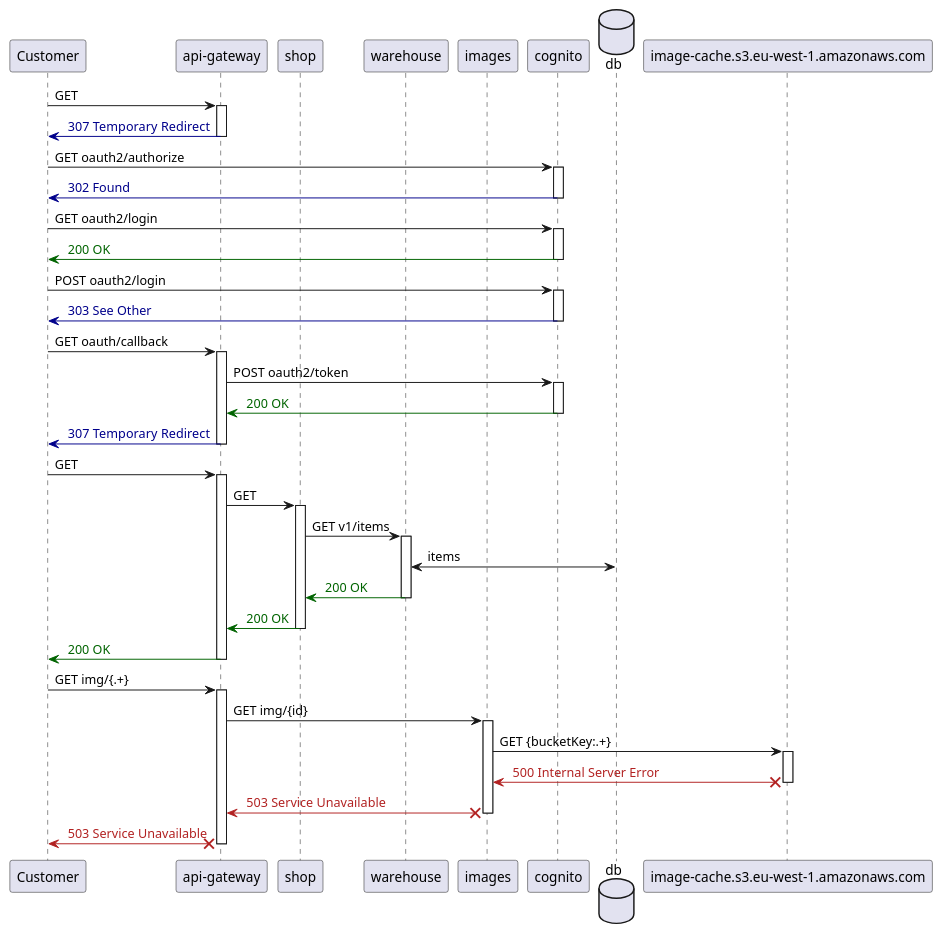
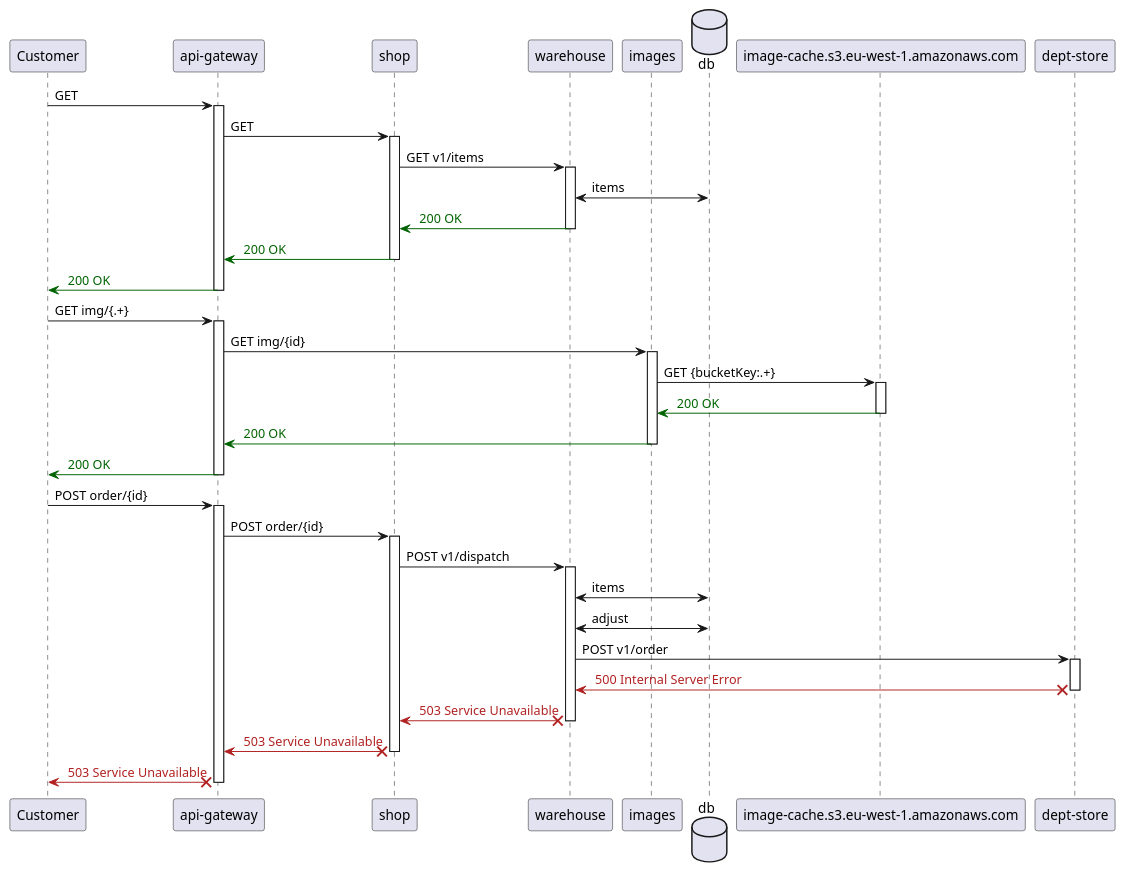
The diagram in .presentation/.generated/FailingTest - can load stock list and order item - Sequence.puml (http4k/exploring-the-testing-hyperpyramid), drawn with PlantUML before and after one commit. The commit also changed 3 other files, not shown here.

Commit message:
update diagrams for failing test

```diff
--- a/.presentation/.generated/FailingTest - can load stock list and order item - Sequence.puml
+++ b/.presentation/.generated/FailingTest - can load stock list and order item - Sequence.puml
@@ -1,65 +1,55 @@
 @startuml
-    participant "Customer"
+participant "Customer"
 participant "api-gateway"
 participant "shop"
 participant "warehouse"
 participant "images"
-participant "cognito"
 database "db"
 participant "image-cache.s3.eu-west-1.amazonaws.com"
-"Customer" -> "api-gateway": GET
-activate "api-gateway"
-
-"api-gateway" -[#DarkBlue]> "Customer": <color:DarkBlue> 307 Temporary Redirect
-deactivate "api-gateway"
-"Customer" -> "cognito": GET oauth2/authorize
-activate "cognito"
-
-"cognito" -[#DarkBlue]> "Customer": <color:DarkBlue> 302 Found
-deactivate "cognito"
-"Customer" -> "cognito": GET oauth2/login
-activate "cognito"
-
-"cognito" -[#DarkGreen]> "Customer": <color:DarkGreen> 200 OK
-deactivate "cognito"
-"Customer" -> "cognito": POST oauth2/login
-activate "cognito"
-
-"cognito" -[#DarkBlue]> "Customer": <color:DarkBlue> 303 See Other
-deactivate "cognito"
-"Customer" -> "api-gateway": GET oauth/callback
-activate "api-gateway"
-"api-gateway" -> "cognito": POST oauth2/token
-activate "cognito"
-
-"cognito" -[#DarkGreen]> "api-gateway": <color:DarkGreen> 200 OK
-deactivate "cognito"
-"api-gateway" -[#DarkBlue]> "Customer": <color:DarkBlue> 307 Temporary Redirect
-deactivate "api-gateway"
+participant "dept-store"
 "Customer" -> "api-gateway": GET
 activate "api-gateway"
 "api-gateway" -> "shop": GET
 activate "shop"
 "shop" -> "warehouse": GET v1/items
 activate "warehouse"
 "warehouse" <-> "db": items
 "warehouse" -[#DarkGreen]> "shop": <color:DarkGreen> 200 OK
 deactivate "warehouse"
 "shop" -[#DarkGreen]> "api-gateway": <color:DarkGreen> 200 OK
 deactivate "shop"
 "api-gateway" -[#DarkGreen]> "Customer": <color:DarkGreen> 200 OK
 deactivate "api-gateway"
 "Customer" -> "api-gateway": GET img/{.+}
 activate "api-gateway"
 "api-gateway" -> "images": GET img/{id}
 activate "images"
 "images" -> "image-cache.s3.eu-west-1.amazonaws.com": GET {bucketKey:.+}
 activate "image-cache.s3.eu-west-1.amazonaws.com"
 
-"image-cache.s3.eu-west-1.amazonaws.com" X-[#FireBrick]> "images": <color:FireBrick> 500 Internal Server Error
+"image-cache.s3.eu-west-1.amazonaws.com" -[#DarkGreen]> "images": <color:DarkGreen> 200 OK
 deactivate "image-cache.s3.eu-west-1.amazonaws.com"
-"images" X-[#FireBrick]> "api-gateway": <color:FireBrick> 503 Service Unavailable
+"images" -[#DarkGreen]> "api-gateway": <color:DarkGreen> 200 OK
 deactivate "images"
+"api-gateway" -[#DarkGreen]> "Customer": <color:DarkGreen> 200 OK
+deactivate "api-gateway"
+"Customer" -> "api-gateway": POST order/{id}
+activate "api-gateway"
+"api-gateway" -> "shop": POST order/{id}
+activate "shop"
+"shop" -> "warehouse": POST v1/dispatch
+activate "warehouse"
+"warehouse" <-> "db": items
+"warehouse" <-> "db": adjust
+"warehouse" -> "dept-store": POST v1/order
+activate "dept-store"
+
+"dept-store" X-[#FireBrick]> "warehouse": <color:FireBrick> 500 Internal Server Error
+deactivate "dept-store"
+"warehouse" X-[#FireBrick]> "shop": <color:FireBrick> 503 Service Unavailable
+deactivate "warehouse"
+"shop" X-[#FireBrick]> "api-gateway": <color:FireBrick> 503 Service Unavailable
+deactivate "shop"
 "api-gateway" X-[#FireBrick]> "Customer": <color:FireBrick> 503 Service Unavailable
 deactivate "api-gateway"
 @enduml
```
